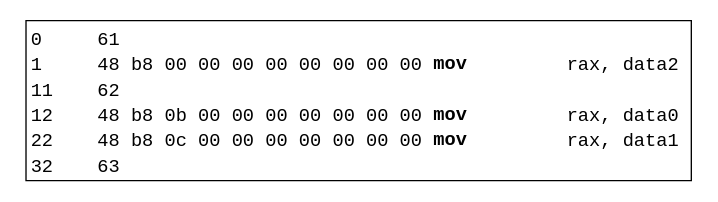
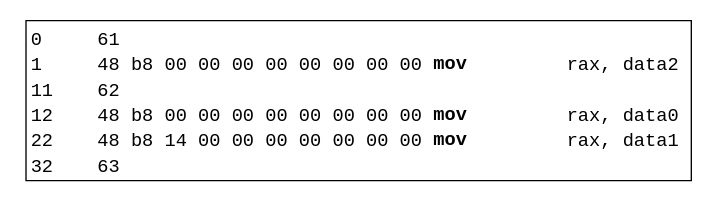
The diagram in cfg2.dot (Goubermouche/baremetal), drawn with Graphviz before and after one commit. The commit also changed 5 other files, not shown here.

```diff
--- a/cfg2.dot
+++ b/cfg2.dot
@@ -1,8 +1,8 @@
 digraph cfg {
 	graph [splines=ortho]
 	node [shape=plaintext fontname="monospace"]
 	edge [penwidth=2.0]
 
-	"0"[label=<<table border="1" cellborder="0" cellspacing="0"><tr PORT="top"><td></td></tr><tr><td align="left">0</td><td COLSPAN="100%" align="left">61  </td></tr><tr><td align="left" width="50px">1</td><td align="left" width="100px">48 b8 00 00 00 00 00 00 00 00 </td><td align="left" width="100px"><font COLOR="black"><b>mov</b></font></td><td align="left"><font COLOR="black"> rax, data2</font></td></tr><tr><td align="left">11</td><td COLSPAN="100%" align="left">62  </td></tr><tr><td align="left" width="50px">12</td><td align="left" width="100px">48 b8 0b 00 00 00 00 00 00 00 </td><td align="left" width="100px"><font COLOR="black"><b>mov</b></font></td><td align="left"><font COLOR="black"> rax, data0</font></td></tr><tr><td align="left" width="50px">22</td><td align="left" width="100px">48 b8 0c 00 00 00 00 00 00 00 </td><td align="left" width="100px"><font COLOR="black"><b>mov</b></font></td><td align="left"><font COLOR="black"> rax, data1</font></td></tr><tr><td align="left">32</td><td COLSPAN="100%" align="left">63  </td></tr></table>>]
+	"0"[label=<<table border="1" cellborder="0" cellspacing="0"><tr PORT="top"><td></td></tr><tr><td align="left">0</td><td COLSPAN="100%" align="left">61  </td></tr><tr><td align="left" width="50px">1</td><td align="left" width="100px">48 b8 00 00 00 00 00 00 00 00 </td><td align="left" width="100px"><font COLOR="black"><b>mov</b></font></td><td align="left"><font COLOR="black"> rax, data2</font></td></tr><tr><td align="left">11</td><td COLSPAN="100%" align="left">62  </td></tr><tr><td align="left" width="50px">12</td><td align="left" width="100px">48 b8 00 00 00 00 00 00 00 00 </td><td align="left" width="100px"><font COLOR="black"><b>mov</b></font></td><td align="left"><font COLOR="black"> rax, data0</font></td></tr><tr><td align="left" width="50px">22</td><td align="left" width="100px">48 b8 14 00 00 00 00 00 00 00 </td><td align="left" width="100px"><font COLOR="black"><b>mov</b></font></td><td align="left"><font COLOR="black"> rax, data1</font></td></tr><tr><td align="left">32</td><td COLSPAN="100%" align="left">63  </td></tr></table>>]
 
 }
```
